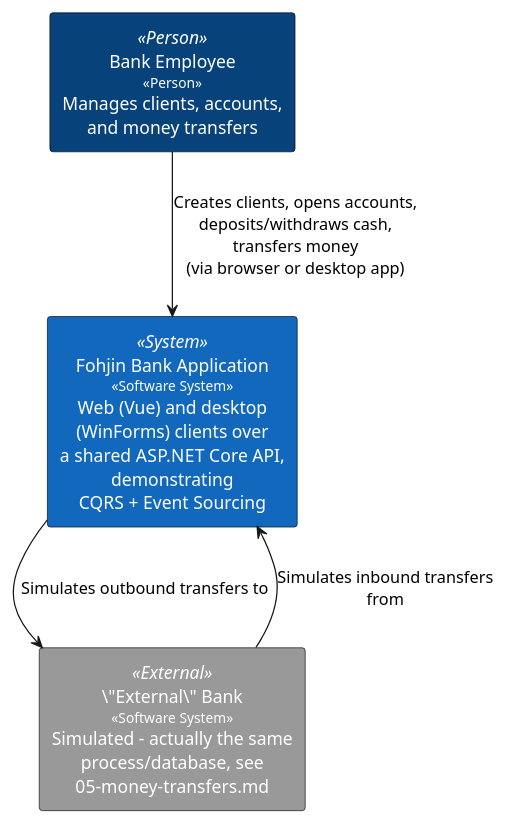
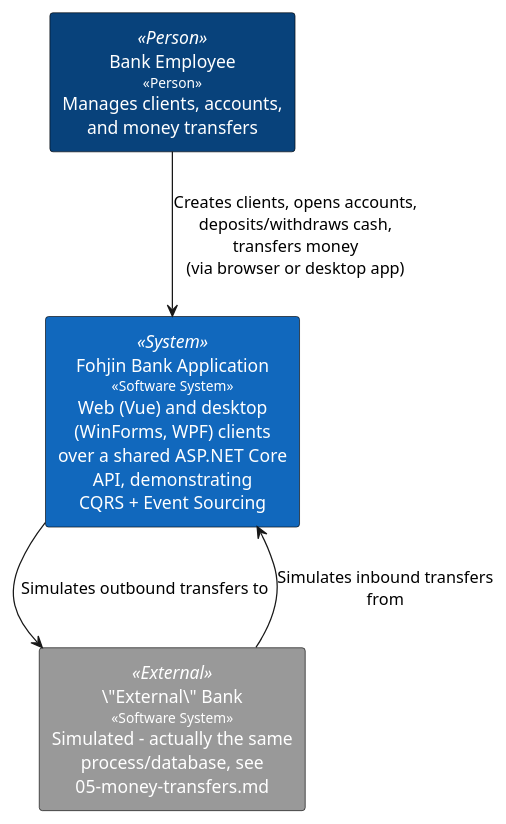
The first of 3 diagrams in docs/00-architecture-overview.md (Mwwhited-BookLearning/fohjin-cqrs), drawn with PlantUML before and after one commit. The commit also changed other lines of this file and 82 other files, not shown here.

````diff
--- a/docs/00-architecture-overview.md
+++ b/docs/00-architecture-overview.md
@@ -24,24 +25,24 @@
 ```plantuml
 @startuml
 skinparam rectangle {
   BackgroundColor<<Person>> #08427b
   FontColor<<Person>> white
   BackgroundColor<<System>> #1168bd
   FontColor<<System>> white
   BackgroundColor<<External>> #999999
   FontColor<<External>> white
   BorderColor black
 }
 skinparam defaultTextAlignment center
 skinparam wrapWidth 200
 skinparam maxMessageSize 200
 
 rectangle "Bank Employee\n<size:11><<Person>></size>\nManages clients, accounts, and money transfers" <<Person>> as employee
-rectangle "Fohjin Bank Application\n<size:11><<Software System>></size>\nWeb (Vue) and desktop (WinForms) clients over\na shared ASP.NET Core API, demonstrating\nCQRS + Event Sourcing" <<System>> as bankApp
+rectangle "Fohjin Bank Application\n<size:11><<Software System>></size>\nWeb (Vue) and desktop (WinForms, WPF) clients\nover a shared ASP.NET Core API, demonstrating\nCQRS + Event Sourcing" <<System>> as bankApp
 rectangle "\"External\" Bank\n<size:11><<Software System>></size>\nSimulated - actually the same process/database, see 05-money-transfers.md" <<External>> as fakeExternalBank
 
 employee --> bankApp : "Creates clients, opens accounts,\ndeposits/withdraws cash, transfers money\n(via browser or desktop app)"
 bankApp --> fakeExternalBank : "Simulates outbound transfers to"
 fakeExternalBank --> bankApp : "Simulates inbound transfers from"
 @enduml
 ```
````
